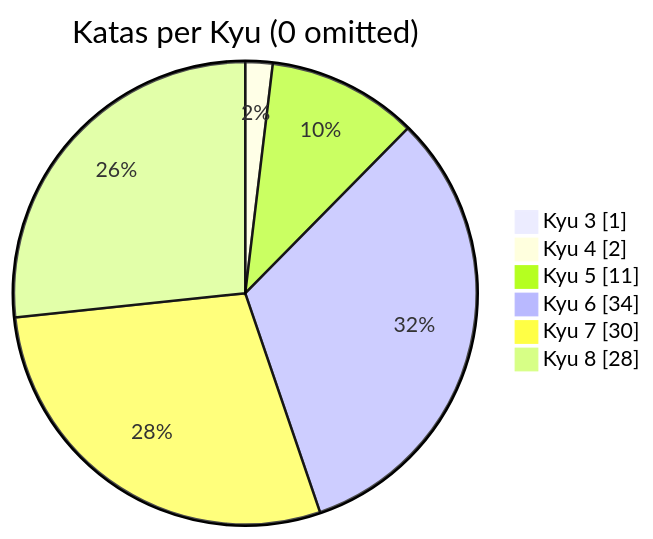
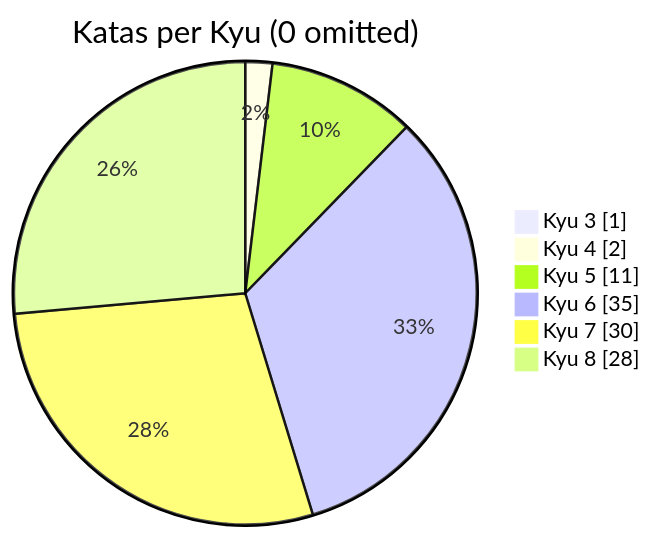
Before and after one commit to MauricioLudwig/codewars-typescript: the diagram in README.md, drawn with Mermaid. The commit also changed other lines of this file, not shown here.

````diff
--- a/README.md
+++ b/README.md
@@ -21,10 +21,10 @@
 ```mermaid
 pie showData
     title Katas per Kyu (0 omitted)
 	"Kyu 3": 1
 	"Kyu 4": 2
 	"Kyu 5": 11
-	"Kyu 6": 34
+	"Kyu 6": 35
 	"Kyu 7": 30
 	"Kyu 8": 28
 ```
````
